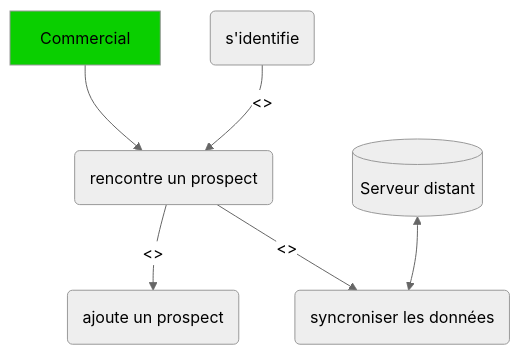
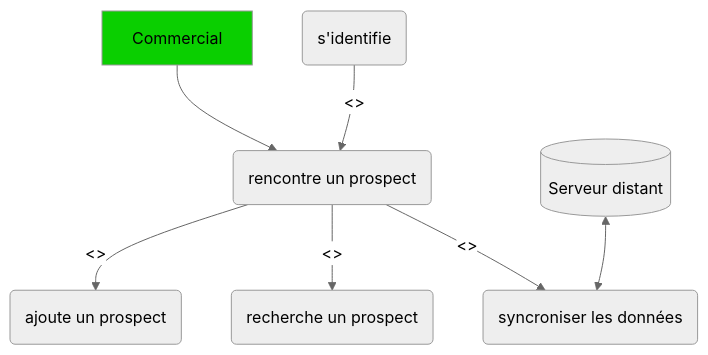
One commit to LhoMars/ProspectsManagement changed the diagram in docs/index.md. Above: the diagram before and after it, drawn with Mermaid (neutral theme). The commit also changed 1 other file, not shown here.

````diff
--- a/docs/index.md
+++ b/docs/index.md
@@ -41,16 +41,18 @@
 ```mermaid
 graph TB
 rencontre(rencontre un prospect)
 identifie(s'identifie)
 ajoutepr(ajoute un prospect)
+recherchepr(recherche un prospect)
 sync(syncroniser les données)
 serveurBdd[(Serveur distant)]
 
 Commercial:::user --> rencontre
     classDef user fill:#0acf00;
     
 identifie -- <<include>> --> rencontre
 rencontre -- <<extend>> --> ajoutepr
+rencontre -- <<extend>> --> recherchepr
 rencontre -- <<extend>> --> sync
 serveurBdd <--> sync
 ```
````
